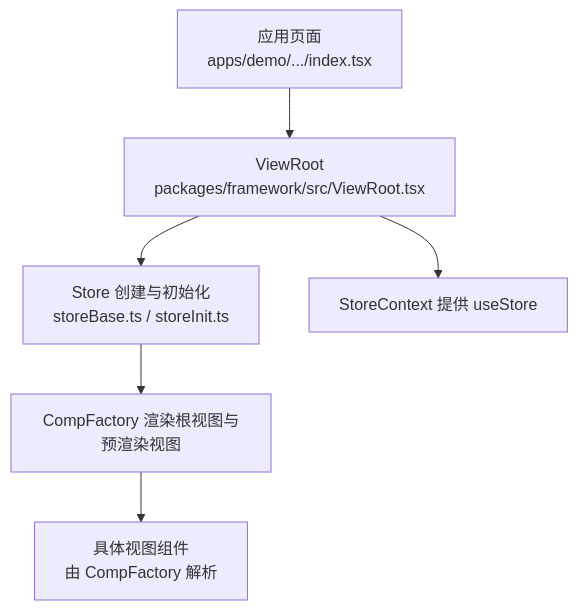
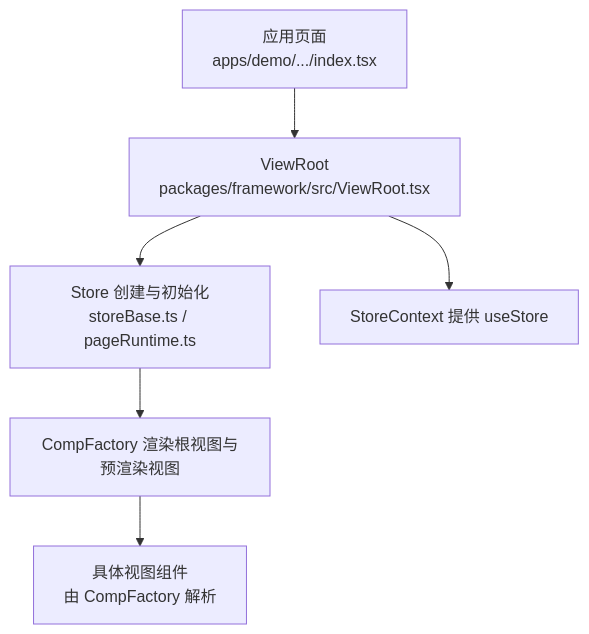
Before and after one commit to liqiongke/FrontArk: the first of 6 diagrams in .qoder/repowiki/zh/content/架构设计/组件化架构/核心组件/ViewRoot组件.md, drawn with Mermaid. The commit also changed other lines of this file and 19 other files, not shown here.

````diff
--- a/.qoder/repowiki/zh/content/架构设计/组件化架构/核心组件/ViewRoot组件.md
+++ b/.qoder/repowiki/zh/content/架构设计/组件化架构/核心组件/ViewRoot组件.md
@@ -49,8 +59,8 @@
 ```mermaid
 graph TB
 A["应用页面<br/>apps/demo/.../index.tsx"] --> B["ViewRoot<br/>packages/framework/src/ViewRoot.tsx"]
-B --> C["Store 创建与初始化<br/>storeBase.ts / storeInit.ts"]
+B --> C["Store 创建与初始化<br/>storeBase.ts / pageRuntime.ts"]
 C --> D["CompFactory 渲染根视图与预渲染视图"]
 B --> E["StoreContext 提供 useStore"]
 D --> F["具体视图组件<br/>由 CompFactory 解析"]
 ```
````
